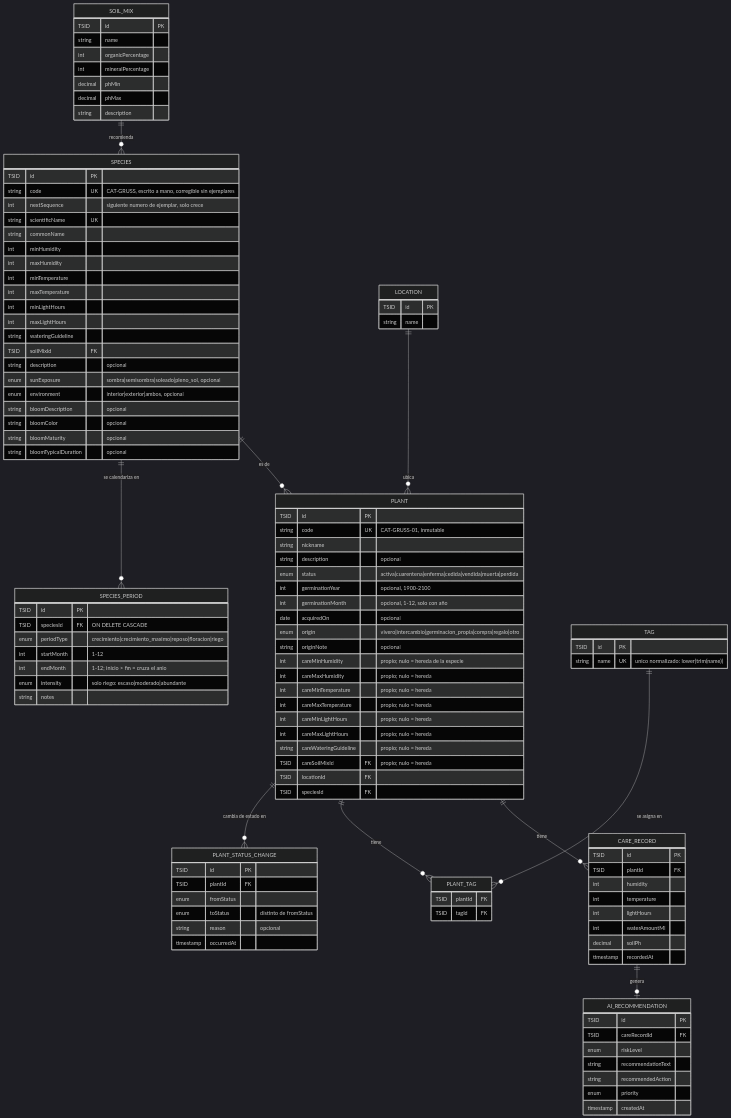
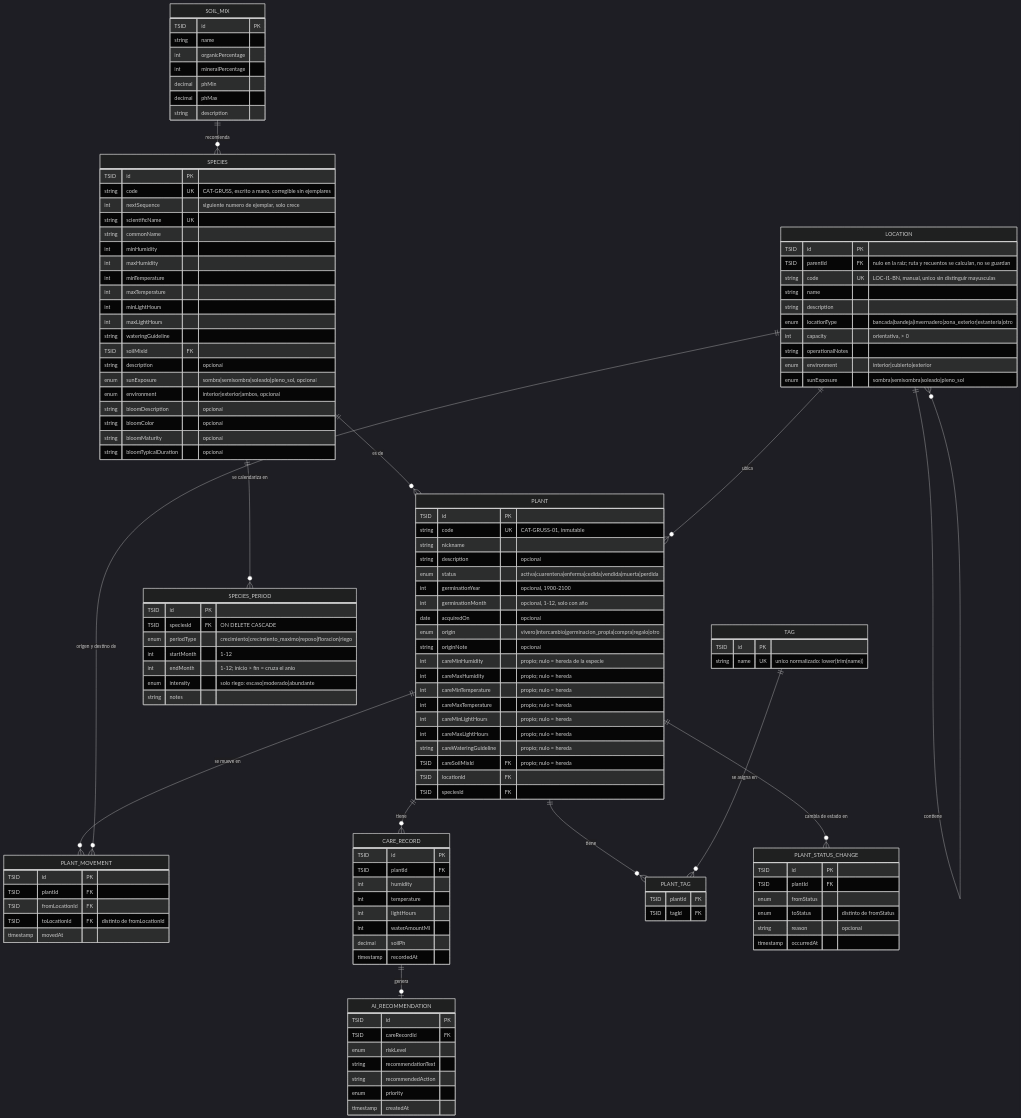
The diagram in docs/diagramas/modelo-datos-actual.md (dnavarro-bj/AI4Devs-finalproject), drawn with Mermaid (dark theme) before and after one commit. The commit also changed 124 other files, not shown here.

```diff
--- a/docs/diagramas/modelo-datos-actual.md
+++ b/docs/diagramas/modelo-datos-actual.md
@@ -11,7 +11,10 @@
     SOIL_MIX ||--o{ SPECIES : "recomienda"
     SPECIES ||--o{ PLANT : "es de"
     SPECIES ||--o{ SPECIES_PERIOD : "se calendariza en"
+    LOCATION ||--o{ LOCATION : "contiene"
     LOCATION ||--o{ PLANT : "ubica"
+    PLANT ||--o{ PLANT_MOVEMENT : "se mueve en"
+    LOCATION ||--o{ PLANT_MOVEMENT : "origen y destino de"
     PLANT ||--o{ CARE_RECORD : "tiene"
     CARE_RECORD ||--o| AI_RECOMMENDATION : "genera"
     PLANT ||--o{ PLANT_TAG : "tiene"
@@ -63,7 +66,23 @@
 
     LOCATION {
         TSID id PK
+        TSID parentId FK "nulo en la raiz; ruta y recuentos se calculan, no se guardan"
+        string code UK "LOC-I1-BN, manual, unico sin distinguir mayusculas"
         string name
+        string description
+        enum locationType "bancada|bandeja|invernadero|zona_exterior|estanteria|otro"
+        int capacity "orientativa, > 0"
+        string operationalNotes
+        enum environment "interior|cubierto|exterior"
+        enum sunExposure "sombra|semisombra|soleado|pleno_sol"
+    }
+
+    PLANT_MOVEMENT {
+        TSID id PK
+        TSID plantId FK
+        TSID fromLocationId FK
+        TSID toLocationId FK "distinto de fromLocationId"
+        timestamp movedAt
     }
 
     PLANT {
```
